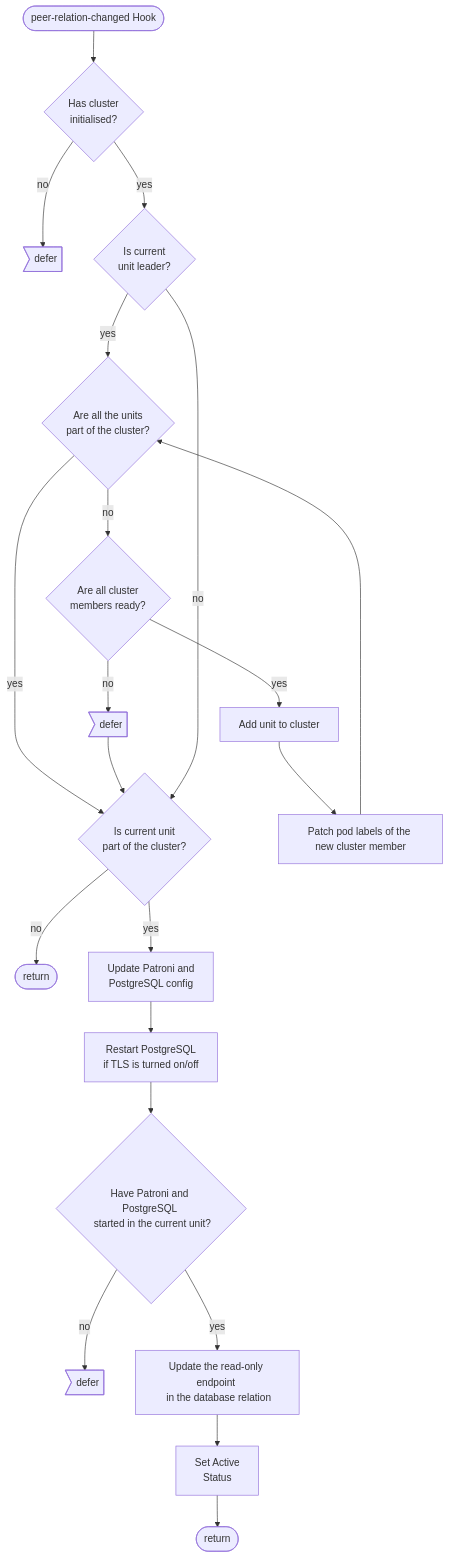
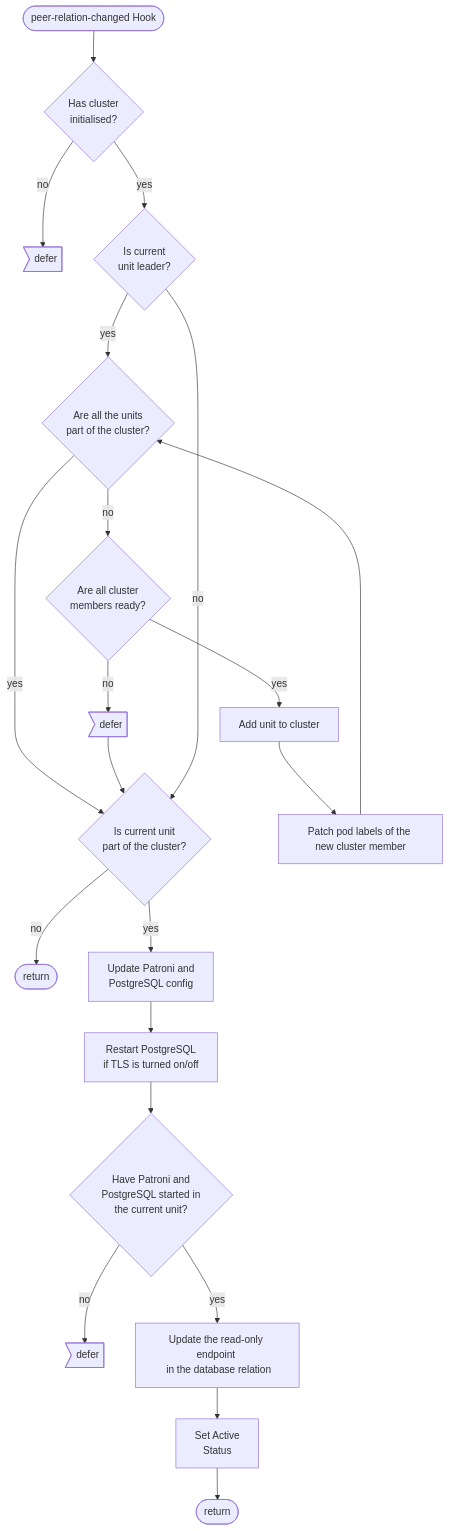
The first of 2 diagrams in documentation/reference/relations/peers.md (canonical/postgresql-k8s-operator), drawn with Mermaid before and after one commit.

````diff
--- a/documentation/reference/relations/peers.md
+++ b/documentation/reference/relations/peers.md
@@ -15,29 +15,29 @@
 ```mermaid
 flowchart TD
   hook_fired([peer-relation-changed Hook]) --> has_cluster_initialised{Has cluster\n initialised?}
   has_cluster_initialised -- no --> defer>defer]
   has_cluster_initialised -- yes --> is_leader{Is current\nunit leader?}
   is_leader -- yes --> all_units_on_cluster{Are all the units \n part of the cluster?}
   all_units_on_cluster -- yes --> is_part_of_cluster
   all_units_on_cluster -- no --> are_all_members_ready{Are all cluster \n members ready?}
   
   %% This defer should have a return after it to stop the execution.
   are_all_members_ready -- no --> defer2>defer]
   defer2 --> is_part_of_cluster
   
   are_all_members_ready -- yes --> add_unit_to_cluster[Add unit to cluster]
   add_unit_to_cluster --> patch_pod_labels[Patch pod labels of the new cluster member]
   patch_pod_labels --> all_units_on_cluster
   is_leader -- no --> is_part_of_cluster{Is current unit \n part of the cluster?}
   is_part_of_cluster -- no --> rtn([return])
   is_part_of_cluster -- yes --> update_config[Update Patroni and \n PostgreSQL config \n]
   update_config --> restart_postgresql[Restart PostgreSQL \n if TLS is turned on/off]
-  restart_postgresql --> has_member_started{Have Patroni and PostgreSQL \n started in the current unit?}
+  restart_postgresql --> has_member_started{Have Patroni and \n PostgreSQL started in \n the current unit?}
   has_member_started -- no --> defer3>defer]
   
   %% Here also the legacy relations' standby field should be updated.
   has_member_started -- yes --> update_read_only_endpoint[Update the read-only endpoint \n in the database relation]
   update_read_only_endpoint --> set_active[Set Active\n Status]
   
   set_active --> rtn2([return])
 ```
````
